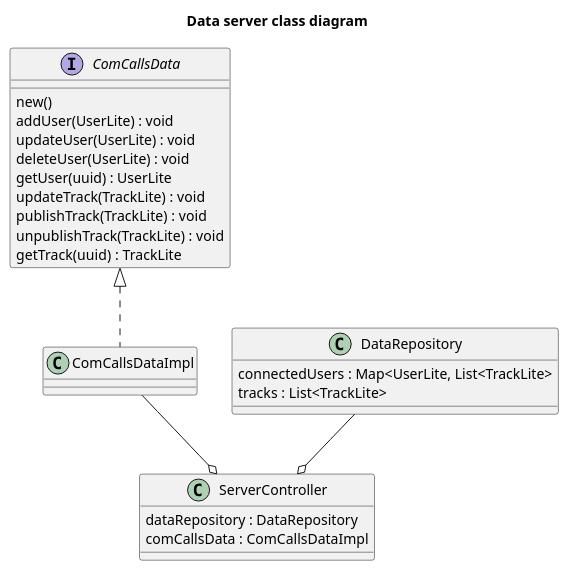
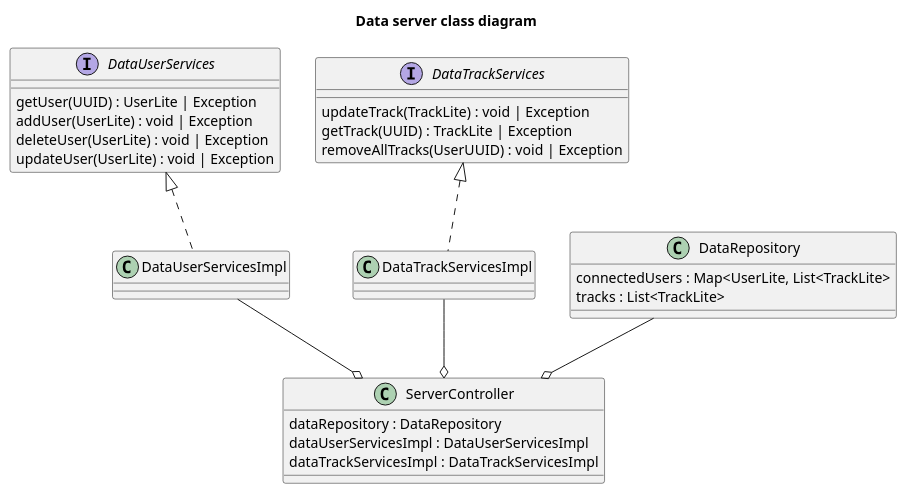
Before and after one commit to UTCAI12/Diagrams: the diagram in class/data_server.puml, drawn with PlantUML. The commit also changed 1 other file, not shown here.

```diff
--- a/class/data_server.puml
+++ b/class/data_server.puml
@@ -1,32 +1,41 @@
 @startuml Data server class diagram
 title Data server class diagram
 
-    interface ComCallsData{
-        new()  
-        addUser(UserLite) : void
-        updateUser(UserLite) : void
-        deleteUser(UserLite) : void
-        getUser(uuid) : UserLite
-        updateTrack(TrackLite) : void
-        publishTrack(TrackLite) : void
-        unpublishTrack(TrackLite) : void
-        getTrack(uuid) : TrackLite
+
+    interface DataUserServices {
+        getUser(UUID) : UserLite | Exception
+        addUser(UserLite) : void | Exception
+        deleteUser(UserLite) : void | Exception
+        updateUser(UserLite) : void | Exception
     }
 
-    class ComCallsDataImpl implements ComCallsData {
+    interface DataTrackServices {
+        updateTrack(TrackLite) : void | Exception
+        getTrack(UUID) : TrackLite | Exception
+        removeAllTracks(UserUUID) : void | Exception
+    }
+
+    class DataUserServicesImpl implements DataUserServices {
+
+    }
+
+    class DataTrackServicesImpl implements DataTrackServices {
 
     }
 
     class ServerController{
         dataRepository : DataRepository
-        comCallsData : ComCallsDataImpl
+        dataUserServicesImpl : DataUserServicesImpl
+        dataTrackServicesImpl : DataTrackServicesImpl
     }
 
     class DataRepository {
         connectedUsers : Map<UserLite, List<TrackLite>
         tracks : List<TrackLite>
     }
 
-    ComCallsDataImpl --o ServerController
     DataRepository --o ServerController
+    DataUserServicesImpl --o ServerController
+    DataTrackServicesImpl --o ServerController
+    
 @enduml
```
